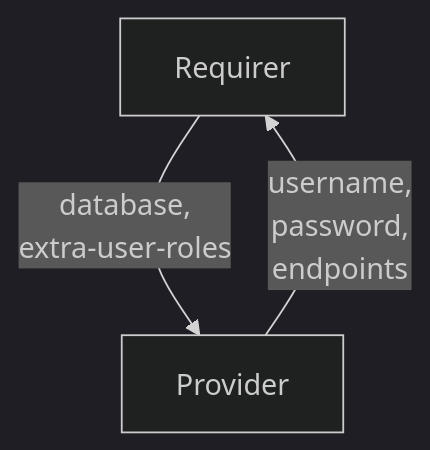
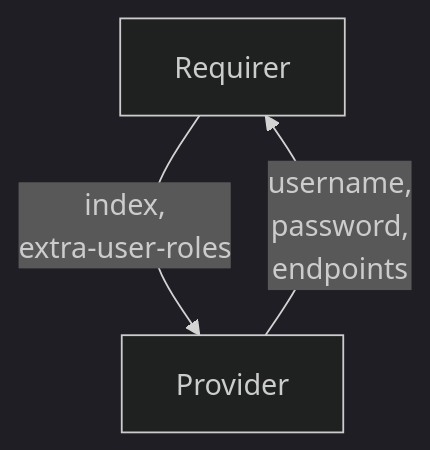
The diagram in interfaces/opensearch_client/v0/README.md (canonical/charm-relation-interfaces), drawn with Mermaid (dark theme) before and after one commit. The commit also changed other lines of this file, not shown here.

````diff
--- a/interfaces/opensearch_client/v0/README.md
+++ b/interfaces/opensearch_client/v0/README.md
@@ -11,5 +11,5 @@
 ```mermaid
 flowchart TD
-    Requirer -- database, \nextra-user-roles --> Provider
+    Requirer -- index, \nextra-user-roles --> Provider
     Provider -- username, \npassword, \nendpoints --> Requirer
 ```
````
